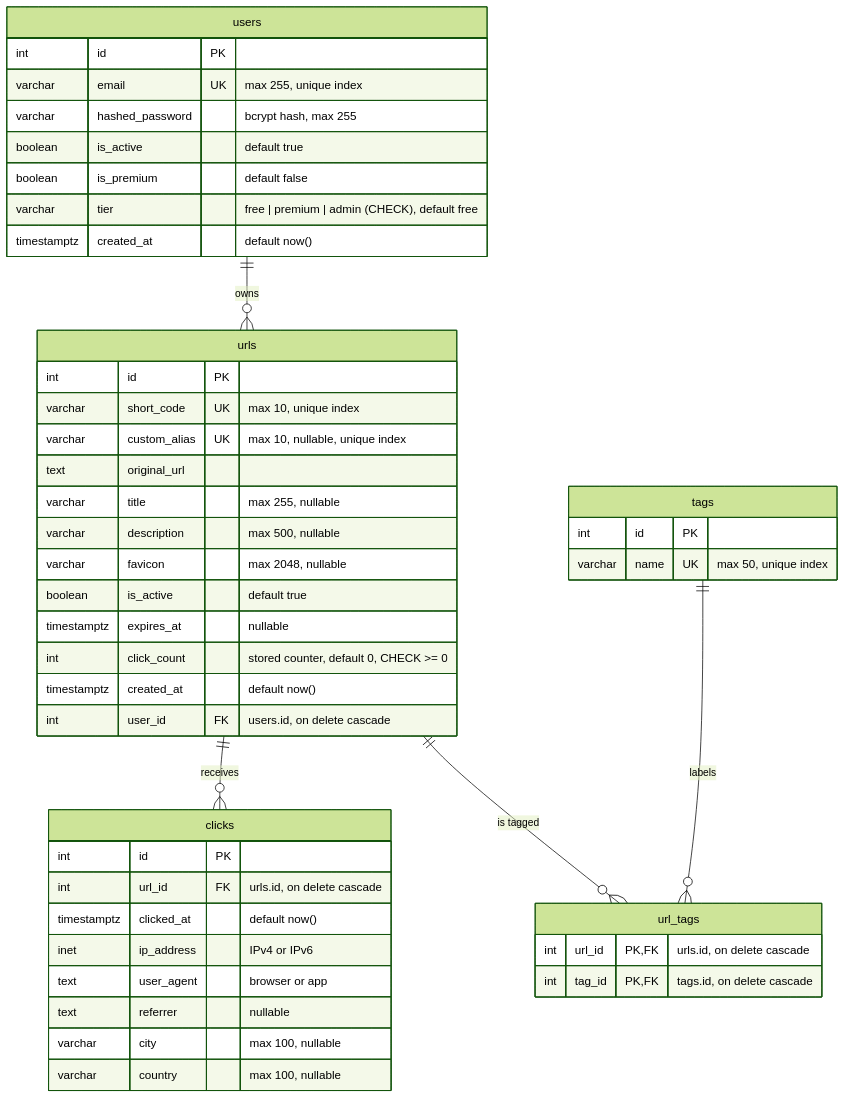
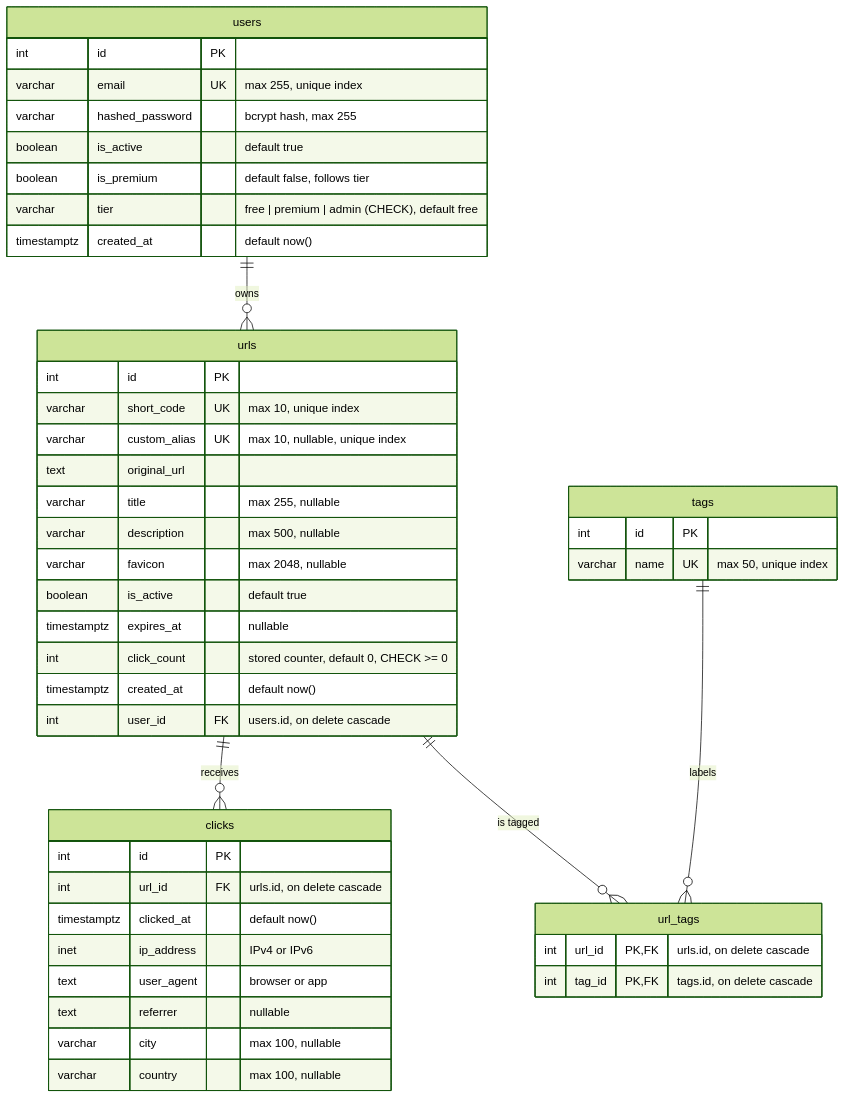
Before and after one commit to TaylorChongo/URL-Shortener-Microservice: the second of 2 diagrams in README.md, drawn with Mermaid (forest theme). The commit also changed other lines of this file, not shown here.

````diff
--- a/README.md
+++ b/README.md
@@ -141,53 +265,53 @@
 ```mermaid
 erDiagram
     users ||--o{ urls : "owns"
     urls ||--o{ clicks : "receives"
     urls ||--o{ url_tags : "is tagged"
     tags ||--o{ url_tags : "labels"
 
     users {
         int id PK
         varchar email UK "max 255, unique index"
         varchar hashed_password "bcrypt hash, max 255"
         boolean is_active "default true"
-        boolean is_premium "default false"
+        boolean is_premium "default false, follows tier"
         varchar tier "free | premium | admin (CHECK), default free"
         timestamptz created_at "default now()"
     }
 
     urls {
         int id PK
         varchar short_code UK "max 10, unique index"
         varchar custom_alias UK "max 10, nullable, unique index"
         text original_url
         varchar title "max 255, nullable"
         varchar description "max 500, nullable"
         varchar favicon "max 2048, nullable"
         boolean is_active "default true"
         timestamptz expires_at "nullable"
         int click_count "stored counter, default 0, CHECK >= 0"
         timestamptz created_at "default now()"
         int user_id FK "users.id, on delete cascade"
     }
 
     clicks {
         int id PK
         int url_id FK "urls.id, on delete cascade"
         timestamptz clicked_at "default now()"
         inet ip_address "IPv4 or IPv6"
         text user_agent "browser or app"
         text referrer "nullable"
         varchar city "max 100, nullable"
         varchar country "max 100, nullable"
     }
 
     tags {
         int id PK
         varchar name UK "max 50, unique index"
     }
 
     url_tags {
         int url_id PK, FK "urls.id, on delete cascade"
         int tag_id PK, FK "tags.id, on delete cascade"
     }
 ```
````
